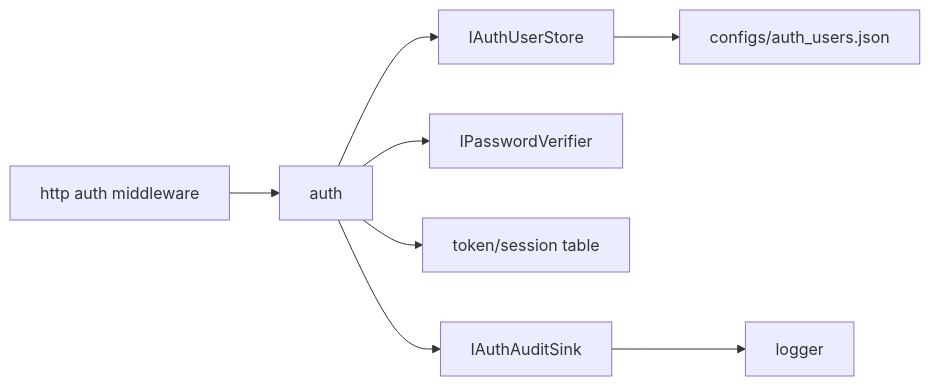
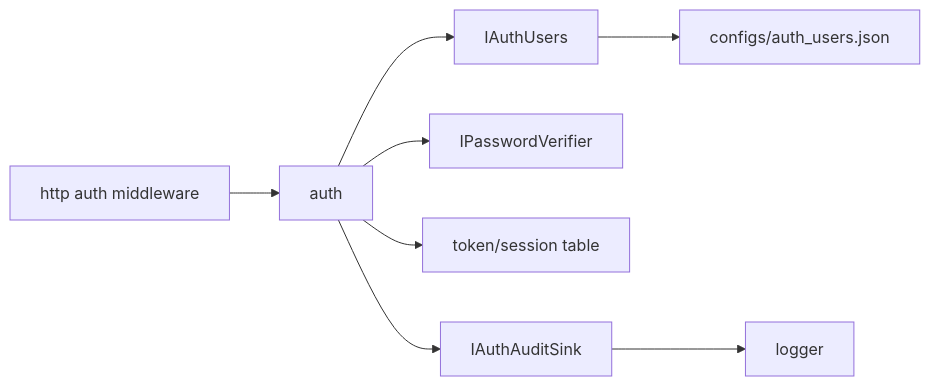
Before and after one commit to 373699756/live_stream: the diagram in docs/libs/auth.md, drawn with Mermaid. The commit also changed other lines of this file and 28 other files, not shown here.

````diff
--- a/docs/libs/auth.md
+++ b/docs/libs/auth.md
@@ -14,10 +14,10 @@
 ```mermaid
 flowchart LR
   HTTP[http auth middleware] --> Auth[auth]
-  Auth --> Store[IAuthUserStore]
+  Auth --> Users[IAuthUsers]
   Auth --> Verifier[IPasswordVerifier]
   Auth --> Sessions[token/session table]
   Auth --> Audit[IAuthAuditSink]
-  Store --> ConfigUsers[configs/auth_users.json]
+  Users --> ConfigUsers[configs/auth_users.json]
   Audit --> Logger[logger]
 ```
````
